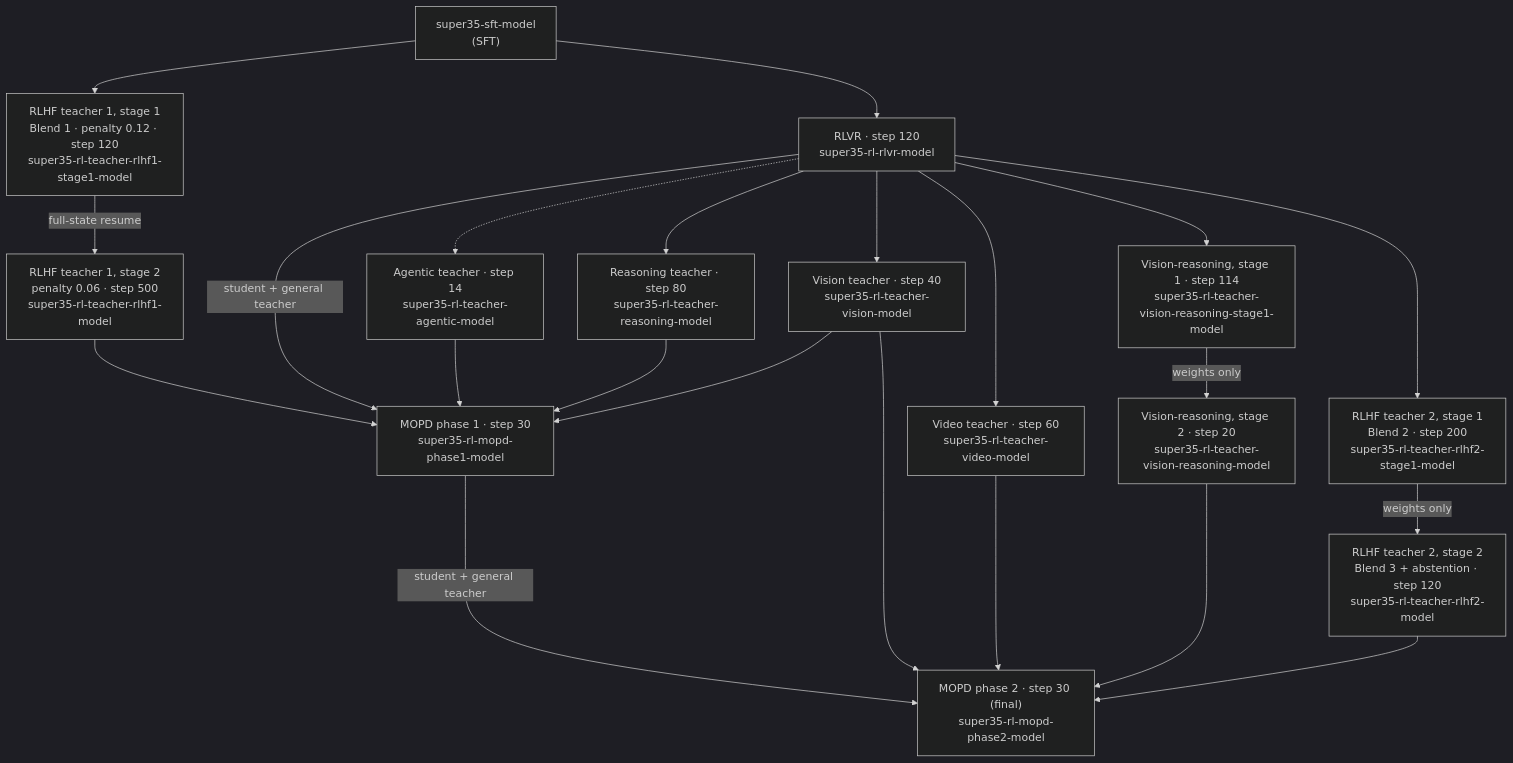
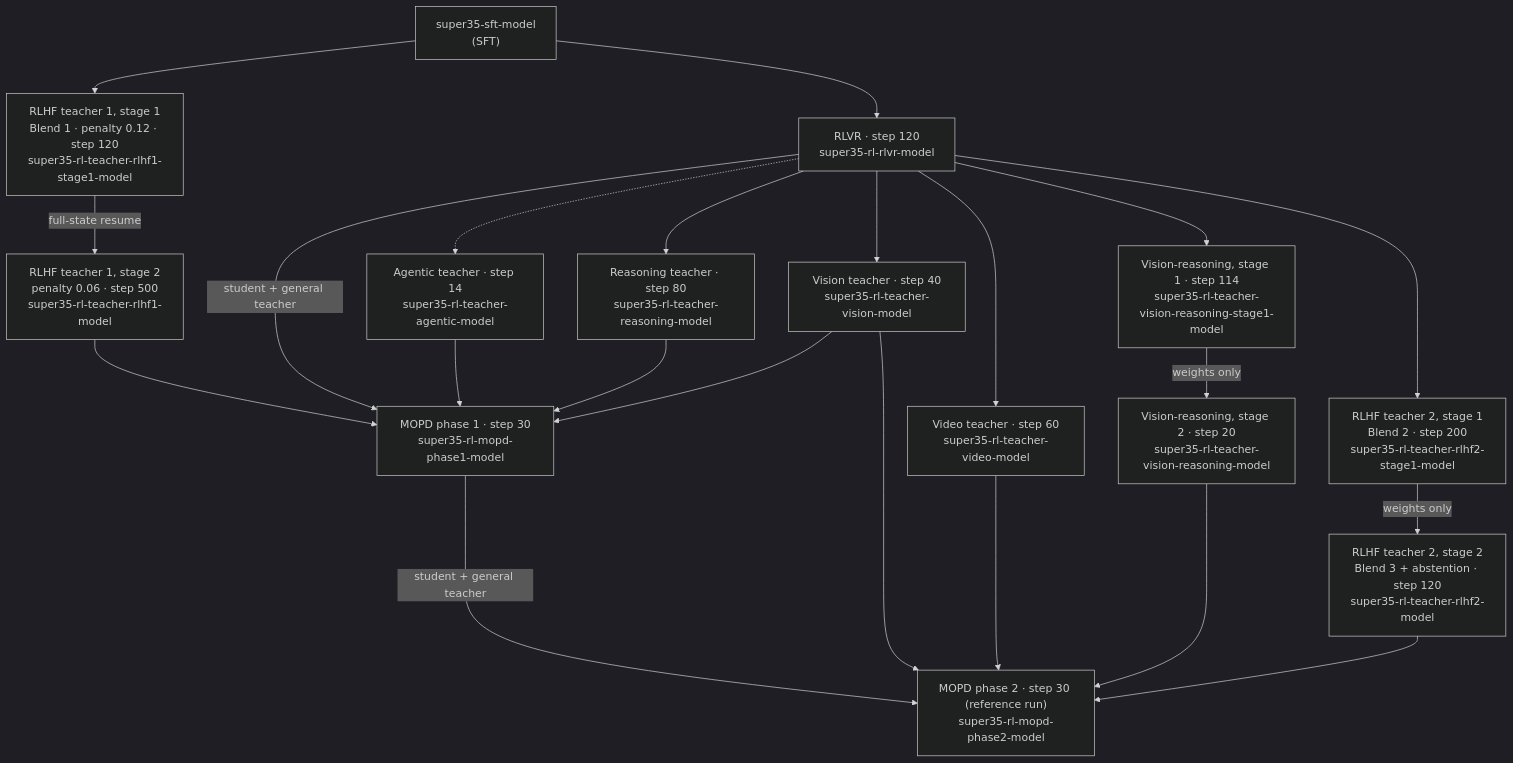
Before and after one commit to NVIDIA-NeMo/Nemotron: the diagram in src/nemotron/recipes/super35/stage2_rl/README.md, drawn with Mermaid (dark theme). The commit also changed other lines of this file and 92 other files, not shown here.

````diff
--- a/src/nemotron/recipes/super35/stage2_rl/README.md
+++ b/src/nemotron/recipes/super35/stage2_rl/README.md
@@ -27,26 +28,26 @@
 ```mermaid
 flowchart TD
   SFT["super35-sft-model<br/>(SFT)"] --> H1A["RLHF teacher 1, stage 1<br/>Blend 1 · penalty 0.12 · step 120<br/>super35-rl-teacher-rlhf1-stage1-model"]
   H1A -->|"full-state resume"| H1B["RLHF teacher 1, stage 2<br/>penalty 0.06 · step 500<br/>super35-rl-teacher-rlhf1-model"]
   SFT --> RLVR["RLVR · step 120<br/>super35-rl-rlvr-model"]
   H1B --> M1["MOPD phase 1 · step 30<br/>super35-rl-mopd-phase1-model"]
 
   RLVR -.-> A["Agentic teacher · step 14<br/>super35-rl-teacher-agentic-model"]
   RLVR --> R["Reasoning teacher · step 80<br/>super35-rl-teacher-reasoning-model"]
   RLVR --> VISION["Vision teacher · step 40<br/>super35-rl-teacher-vision-model"]
   RLVR -->|"student + general teacher"| M1
   A --> M1
   R --> M1
   VISION --> M1
-  M1 -->|"student + general teacher"| M2["MOPD phase 2 · step 30 (final)<br/>super35-rl-mopd-phase2-model"]
+  M1 -->|"student + general teacher"| M2["MOPD phase 2 · step 30 (reference run)<br/>super35-rl-mopd-phase2-model"]
   VISION --> M2
 
   RLVR --> VIDEO["Video teacher · step 60<br/>super35-rl-teacher-video-model"]
   VIDEO ---> M2
   RLVR --> VR1["Vision-reasoning, stage 1 · step 114<br/>super35-rl-teacher-vision-reasoning-stage1-model"]
   VR1 -->|"weights only"| VR["Vision-reasoning, stage 2 · step 20<br/>super35-rl-teacher-vision-reasoning-model"]
   VR ---> M2
   RLVR --> H2A["RLHF teacher 2, stage 1<br/>Blend 2 · step 200<br/>super35-rl-teacher-rlhf2-stage1-model"]
   H2A -->|"weights only"| H2B["RLHF teacher 2, stage 2<br/>Blend 3 + abstention · step 120<br/>super35-rl-teacher-rlhf2-model"]
   H2B --> M2
 ```
````
